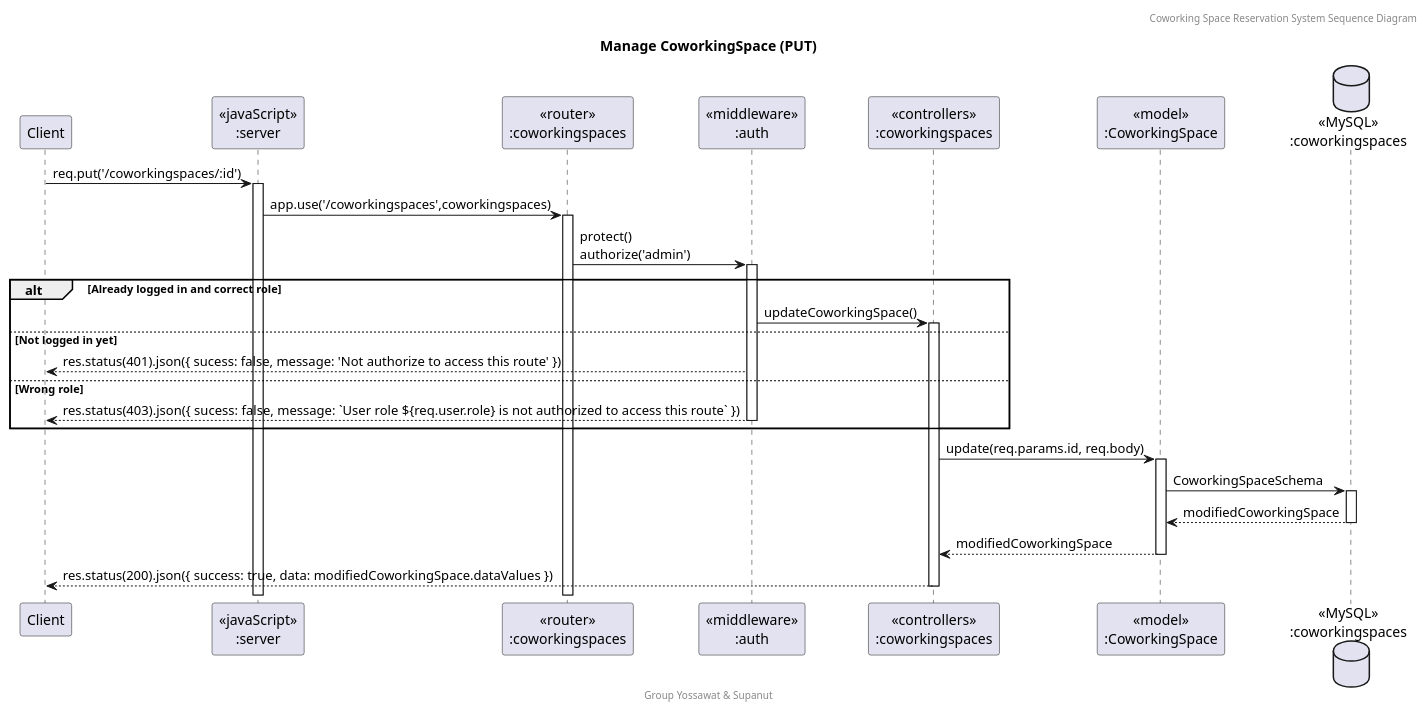
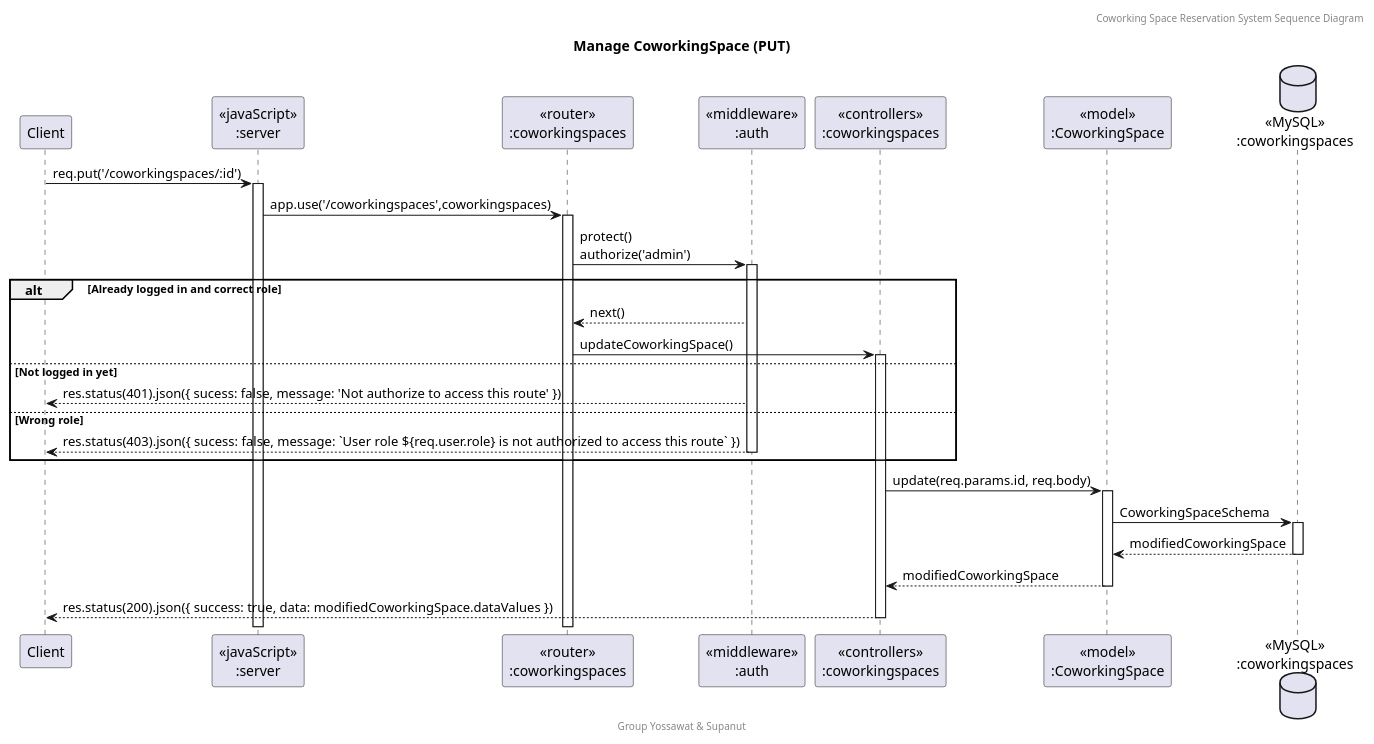
Before and after one commit to SupanutT/sw-dev-prac-project: the diagram in doc/Sequence Diagram/puml/Co_Put.puml, drawn with PlantUML. The commit also changed 7 other files, not shown here.

Commit message:
fix: sequence diagram

```diff
--- a/doc/Sequence Diagram/puml/Co_Put.puml
+++ b/doc/Sequence Diagram/puml/Co_Put.puml
@@ -1,31 +1,32 @@
 @startuml Manage CoworkingSpace (PUT)
 
 header Coworking Space Reservation System Sequence Diagram
 footer Group Yossawat & Supanut
 title "Manage CoworkingSpace (PUT)"
 
 participant "Client" as client
 participant "<<javaScript>>\n:server" as server
 participant "<<router>>\n:coworkingspaces" as routerCoworkingSpaces
 participant "<<middleware>>\n:auth" as middleware
 participant "<<controllers>>\n:coworkingspaces" as controllersCoworkingSpaces
 participant "<<model>>\n:CoworkingSpace" as modelCoworkingSpace
 database "<<MySQL>>\n:coworkingspaces" as CoworkingSpacesDatabase
 
 client->server ++:req.put('/coworkingspaces/:id')
 server->routerCoworkingSpaces ++:app.use('/coworkingspaces',coworkingspaces)
 routerCoworkingSpaces -> middleware ++:protect()\nauthorize('admin')
 alt Already logged in and correct role
-    middleware -> controllersCoworkingSpaces ++: updateCoworkingSpace()
+    middleware --> routerCoworkingSpaces : next()
+    routerCoworkingSpaces -> controllersCoworkingSpaces ++: updateCoworkingSpace()
 else Not logged in yet
     middleware --> client : res.status(401).json({ sucess: false, message: 'Not authorize to access this route' })
 else Wrong role
     middleware --> client --: res.status(403).json({ sucess: false, message: `User role ${req.user.role} is not authorized to access this route` })
 end
 controllersCoworkingSpaces-> modelCoworkingSpace ++:update(req.params.id, req.body)
 modelCoworkingSpace -> CoworkingSpacesDatabase ++: CoworkingSpaceSchema
 CoworkingSpacesDatabase --> modelCoworkingSpace --: modifiedCoworkingSpace
 controllersCoworkingSpaces <-- modelCoworkingSpace --: modifiedCoworkingSpace
 controllersCoworkingSpaces-->client --: res.status(200).json({ success: true, data: modifiedCoworkingSpace.dataValues })
 
 @enduml
```
